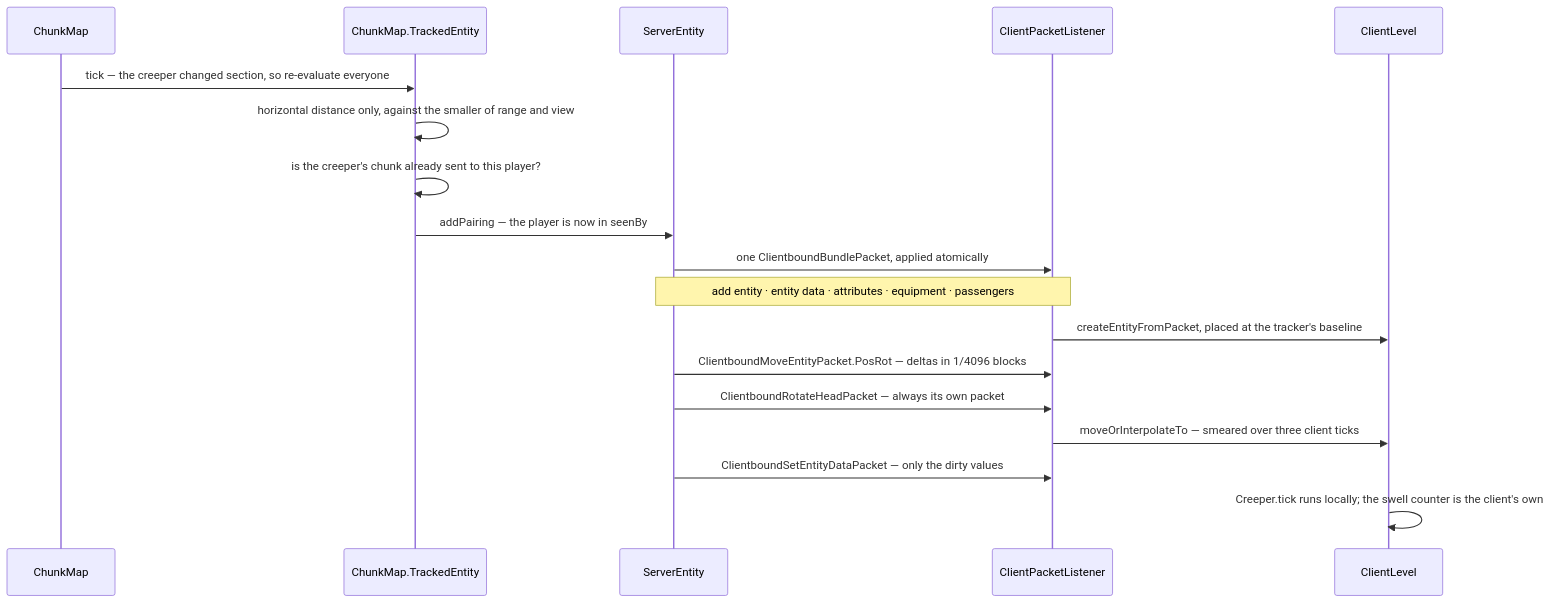
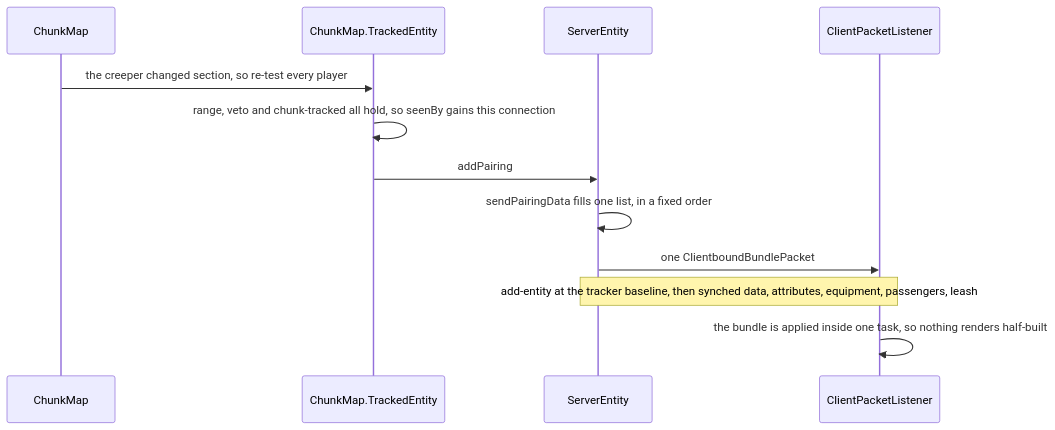
The second of 2 diagrams in src/systems/networking/what-the-client-is-told.md (AlexanderjFraser/MinecraftDocs), drawn with Mermaid before and after one commit. The commit also changed other lines of this file and 9 other files, not shown here.

````diff
--- a/src/systems/networking/what-the-client-is-told.md
+++ b/src/systems/networking/what-the-client-is-told.md
@@ -196,21 +108,15 @@
 ```mermaid
 sequenceDiagram
     participant CM as ChunkMap
-    participant TE as ChunkMap.TrackedEntity
+    participant CMTE as ChunkMap.TrackedEntity
     participant SE as ServerEntity
     participant CPL as ClientPacketListener
-    participant CL as ClientLevel
 
-    CM->>TE: tick — the creeper changed section, so re-evaluate everyone
-    TE->>TE: horizontal distance only, against the smaller of range and view
-    TE->>TE: is the creeper's chunk already sent to this player?
-    TE->>SE: addPairing — the player is now in seenBy
-    SE->>CPL: one ClientboundBundlePacket, applied atomically
-    Note over SE,CPL: add entity · entity data · attributes · equipment · passengers
-    CPL->>CL: createEntityFromPacket, placed at the tracker's baseline
-    SE->>CPL: ClientboundMoveEntityPacket.PosRot — deltas in 1/4096 blocks
-    SE->>CPL: ClientboundRotateHeadPacket — always its own packet
-    CPL->>CL: moveOrInterpolateTo — smeared over three client ticks
-    SE->>CPL: ClientboundSetEntityDataPacket — only the dirty values
-    CL->>CL: Creeper.tick runs locally#59; the swell counter is the client's own
+    CM->>CMTE: the creeper changed section, so re-test every player
+    CMTE->>CMTE: range, veto and chunk-tracked all hold, so seenBy gains this connection
+    CMTE->>SE: addPairing
+    SE->>SE: sendPairingData fills one list, in a fixed order
+    SE->>CPL: one ClientboundBundlePacket
+    Note over SE,CPL: add-entity at the tracker baseline, then synched data, attributes, equipment, passengers, leash
+    CPL->>CPL: the bundle is applied inside one task, so nothing renders half-built
 ```
````
